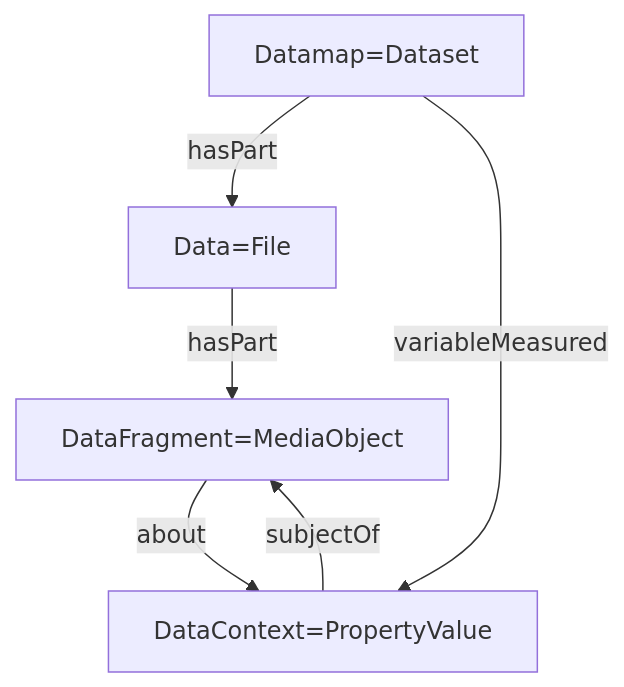
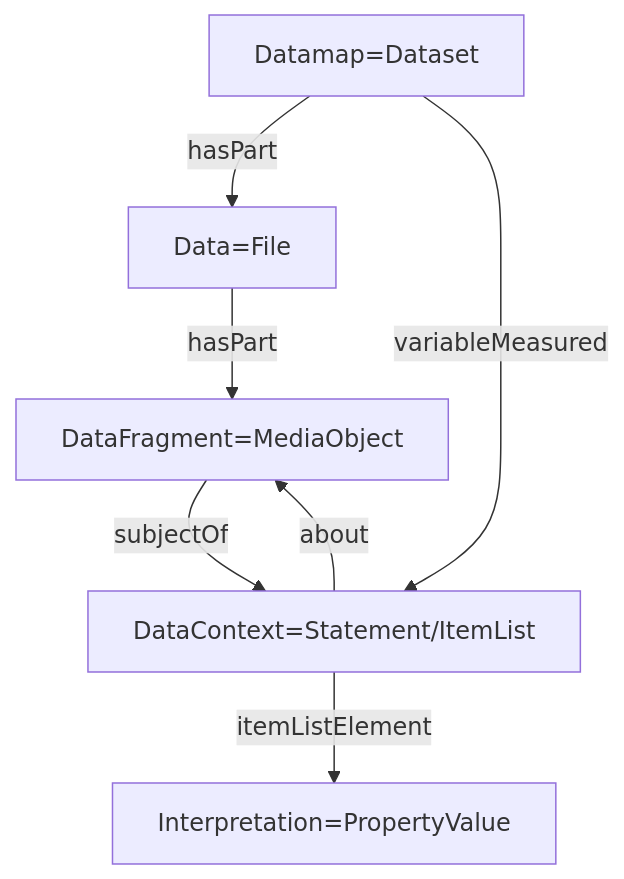
Before and after one commit to nfdi4plants/arc-ro-crate-profile: the diagram in docs/profiles/0.1/datamap_crate/index.md, drawn with Mermaid. The commit also changed other lines of this file, not shown here.

````diff
--- a/docs/profiles/0.1/datamap_crate/index.md
+++ b/docs/profiles/0.1/datamap_crate/index.md
@@ -55,19 +55,22 @@
 ```mermaid
 flowchart TD
 
 dataset[Datamap=Dataset]
 
 DataFile[Data=File]
 DataFragment[DataFragment=MediaObject]
 
-prop[DataContext=PropertyValue]
+desc[DataContext=Statement/ItemList]
+prop[Interpretation=PropertyValue]
 
 DataFile --hasPart--> DataFragment
 dataset --hasPart--> DataFile
 
-DataFragment --about--> prop
-prop --subjectOf--> DataFragment
+DataFragment --subjectOf--> desc
+desc --about--> DataFragment
 
-dataset --variableMeasured--> prop
+dataset --variableMeasured--> desc
+
+desc --itemListElement--> prop
 
 ```
````
